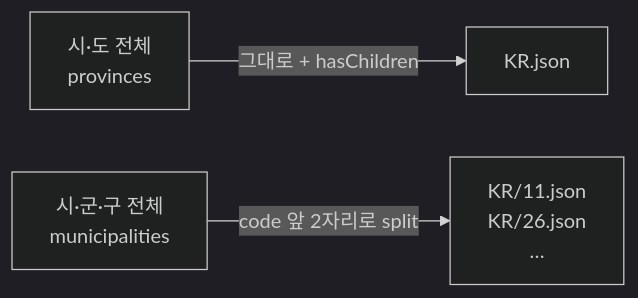
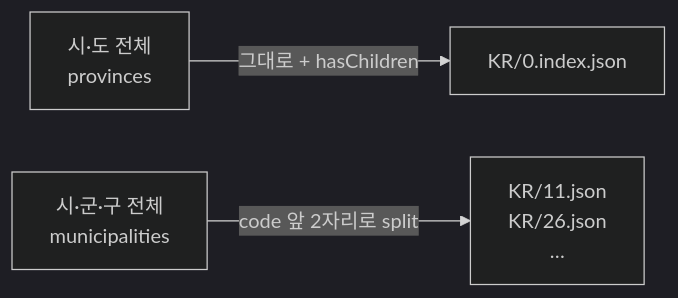
Before and after one commit to 1etterh/devlog: the diagram in content/tools/gis/002_korea_admin_boundary_geojson.md, drawn with Mermaid (dark theme). The commit also changed other lines of this file and 1 other file, not shown here.

Commit message:
tools/gis: geoJson 파일 구조를 0.index.json 으로, 이름 결정 과정 추가

````diff
--- a/content/tools/gis/002_korea_admin_boundary_geojson.md
+++ b/content/tools/gis/002_korea_admin_boundary_geojson.md
@@ -26,5 +26,5 @@
 ```mermaid
 flowchart LR
-    A[시·도 전체<br/>provinces] -->|그대로 + hasChildren| B[KR.json]
+    A[시·도 전체<br/>provinces] -->|그대로 + hasChildren| B[KR/0.index.json]
     C[시·군·구 전체<br/>municipalities] -->|"code 앞 2자리로 split"| D["KR/11.json<br/>KR/26.json<br/>…"]
 ```
````
